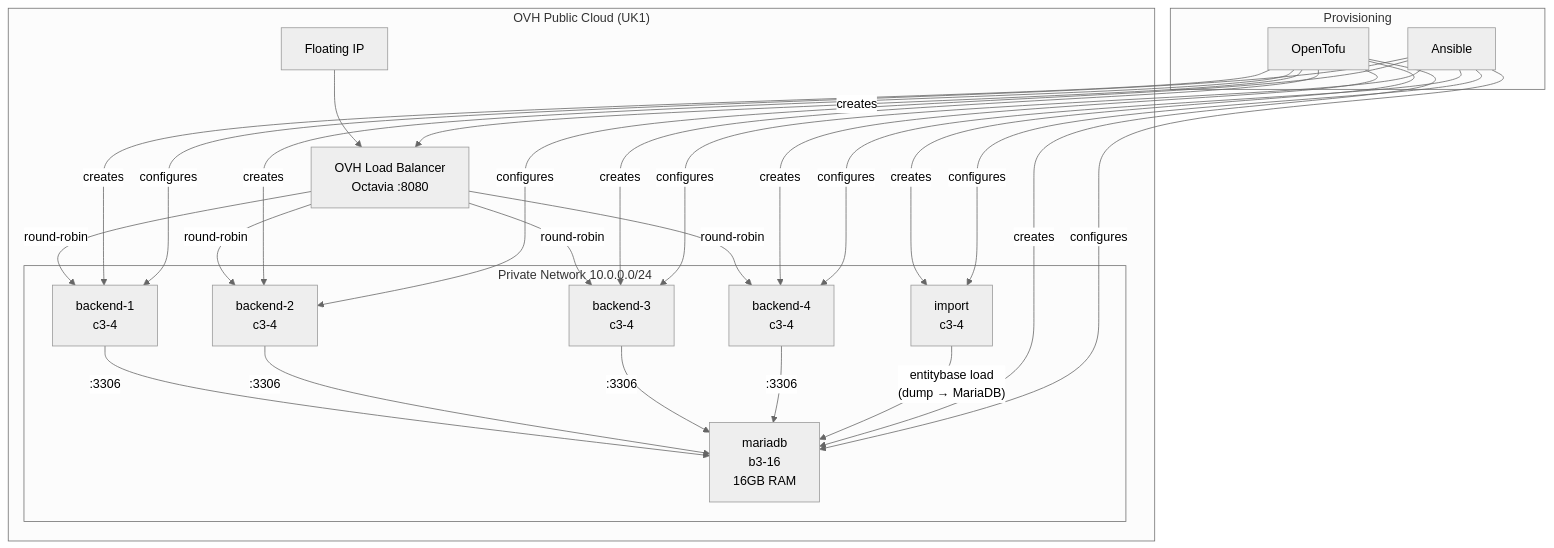
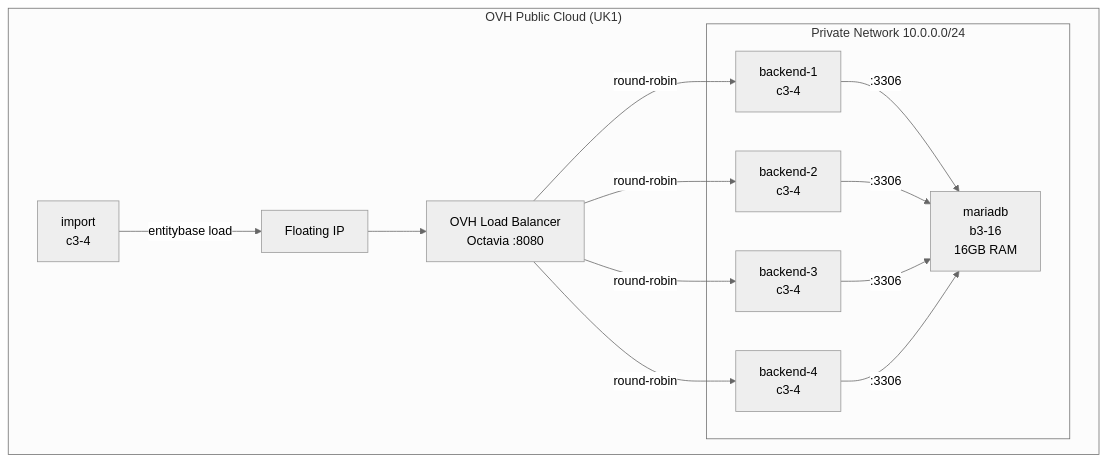
The diagram in README.md (Entitybasedev/entitybase-test), drawn with Mermaid (neutral theme) before and after one commit.

Commit message:
Fix diagram: import talks to floating IP, remove provisioning flows

````diff
--- a/README.md
+++ b/README.md
@@ -7,46 +7,27 @@
 ```mermaid
 graph TB
     subgraph "OVH Public Cloud (UK1)"
         subgraph "Private Network 10.0.0.0/24"
             B1["backend-1\nc3-4"]
             B2["backend-2\nc3-4"]
             B3["backend-3\nc3-4"]
             B4["backend-4\nc3-4"]
-            IMP["import\nc3-4"]
             DB["mariadb\nb3-16\n16GB RAM"]
         end
 
         LB["OVH Load Balancer\nOctavia :8080"]
         FIP["Floating IP"]
+        IMP["import\nc3-4"]
     end
 
     FIP --> LB
     LB -->|round-robin| B1
     LB -->|round-robin| B2
     LB -->|round-robin| B3
     LB -->|round-robin| B4
     B1 -->|:3306| DB
     B2 -->|:3306| DB
     B3 -->|:3306| DB
     B4 -->|:3306| DB
-    IMP -->|"entitybase load\n(dump → MariaDB)"| DB
-
-    subgraph "Provisioning"
-        TOFU["OpenTofu"]
-        ANSIBLE["Ansible"]
-    end
-
-    TOFU -->|creates| LB
-    TOFU -->|creates| B1
-    TOFU -->|creates| B2
-    TOFU -->|creates| B3
-    TOFU -->|creates| B4
-    TOFU -->|creates| IMP
-    TOFU -->|creates| DB
-    ANSIBLE -->|configures| B1
-    ANSIBLE -->|configures| B2
-    ANSIBLE -->|configures| B3
-    ANSIBLE -->|configures| B4
-    ANSIBLE -->|configures| IMP
-    ANSIBLE -->|configures| DB
+    IMP -->|"entitybase load"| FIP
 ```
````
